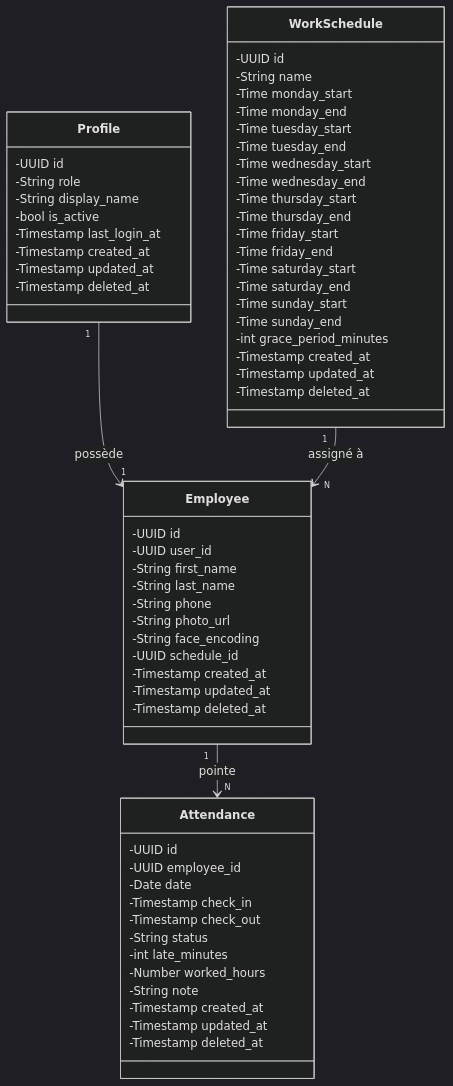
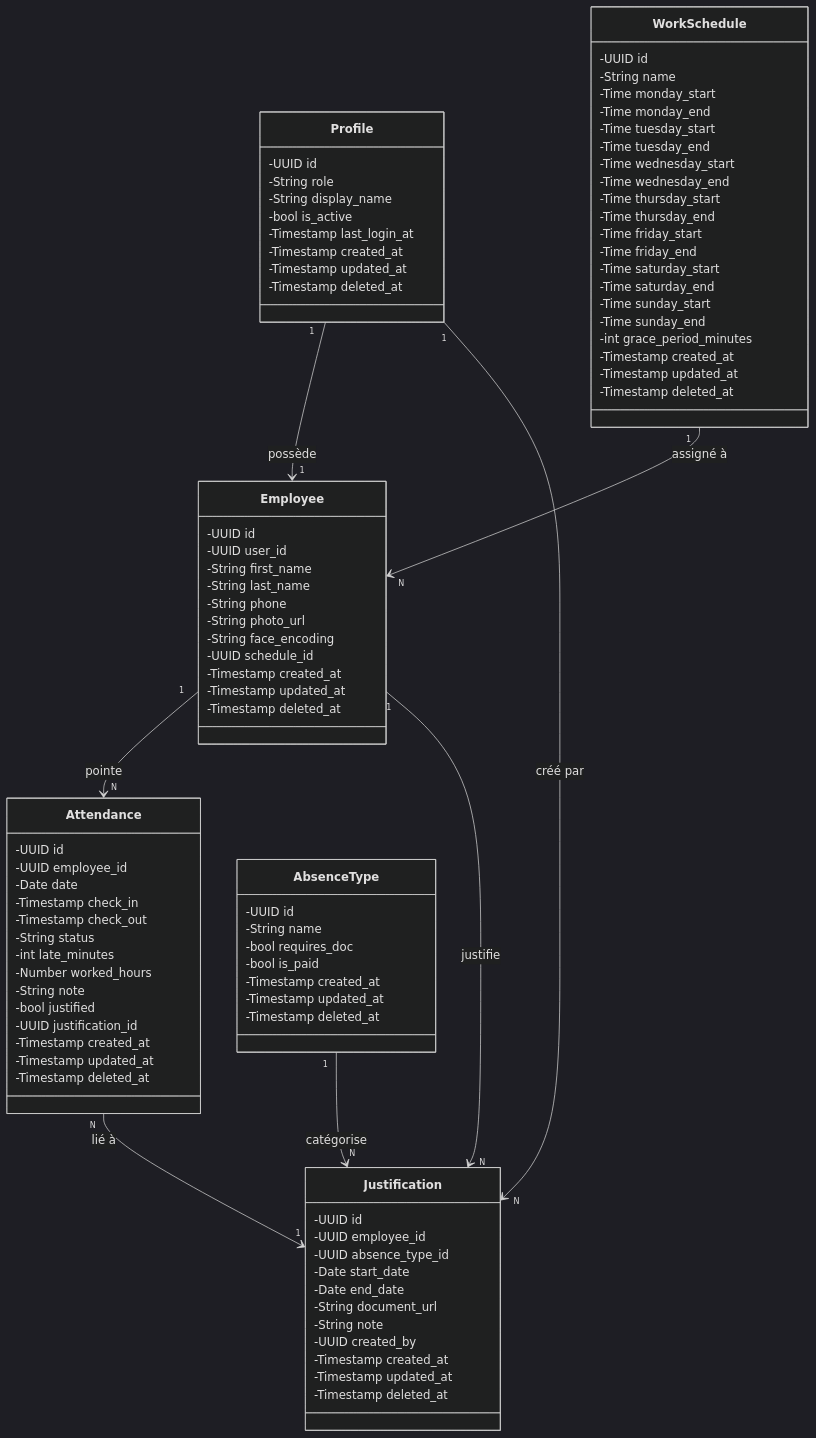
One commit to Abdurrahmane06/face-attendance-system changed the first of 2 diagrams in data_base/structure-bd.md. Above: the diagram before and after it, drawn with Mermaid (dark theme). The commit also changed other lines of this file and 3 other files, not shown here.

````diff
--- a/data_base/structure-bd.md
+++ b/data_base/structure-bd.md
@@ -186,6 +231,32 @@
         -int late_minutes
         -Number worked_hours
         -String note
+        -bool justified
+        -UUID justification_id
+        -Timestamp created_at
+        -Timestamp updated_at
+        -Timestamp deleted_at
+    }
+
+    class AbsenceType {
+        -UUID id
+        -String name
+        -bool requires_doc
+        -bool is_paid
+        -Timestamp created_at
+        -Timestamp updated_at
+        -Timestamp deleted_at
+    }
+
+    class Justification {
+        -UUID id
+        -UUID employee_id
+        -UUID absence_type_id
+        -Date start_date
+        -Date end_date
+        -String document_url
+        -String note
+        -UUID created_by
         -Timestamp created_at
         -Timestamp updated_at
         -Timestamp deleted_at
@@ -194,4 +265,8 @@
     Profile "1" --> "1" Employee : possède
     WorkSchedule "1" --> "N" Employee : assigné à
     Employee "1" --> "N" Attendance : pointe
+    Employee "1" --> "N" Justification : justifie
+    AbsenceType "1" --> "N" Justification : catégorise
+    Profile "1" --> "N" Justification : créé par
+    Attendance "N" --> "1" Justification : lié à
 ```
````
